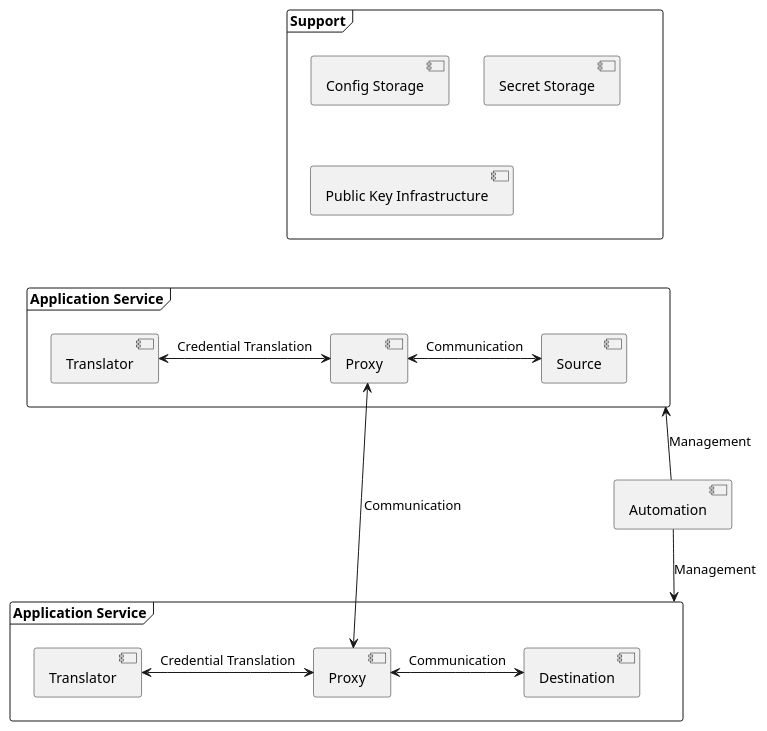
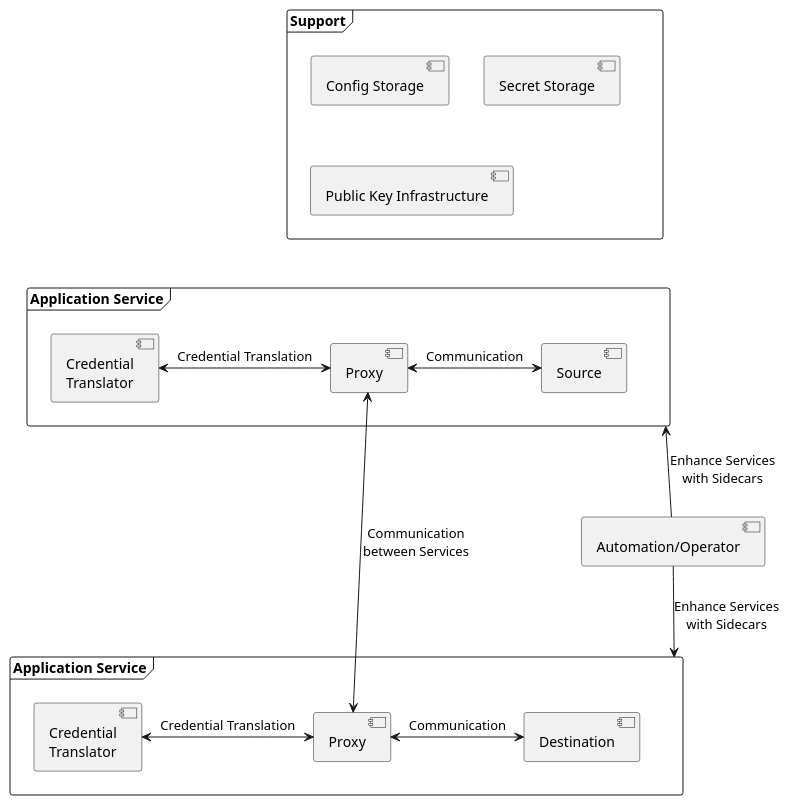
Before and after one commit to buehler/mse-project-thesis-1: the diagram in diagrams/component/solution-architecture.puml, drawn with PlantUML. The commit also changed 11 other files, not shown here.

```diff
--- a/diagrams/component/solution-architecture.puml
+++ b/diagrams/component/solution-architecture.puml
@@ -1,37 +1,37 @@
 @startuml
 skinparam backgroundcolor transparent
 
-component [Automation] as auto
+component [Automation/Operator] as auto
 
 frame "Support" as sup {
     component [Config Storage] as config
     component [Secret Storage] as secret
     component [Public Key Infrastructure] as pki
 }
 
 frame "Application Service" as app_a {
     component [Source] as src
     component [Proxy] as proxy_a
-    component [Translator] as trans_a
+    component [Credential\nTranslator] as trans_a
 
     trans_a <-> proxy_a : Credential Translation
     proxy_a <-> src : Communication
 }
 
 frame "Application Service" as app_b {
     component [Destination] as dest
     component [Proxy] as proxy_b
-    component [Translator] as trans_b
+    component [Credential\nTranslator] as trans_b
 
     trans_b <-> proxy_b : Credential Translation
     proxy_b <-> dest : Communication
 }
 
 sup -[hidden]--> app_a
 
-auto -up-> app_a : Management
-auto -down-> app_b : Management
+auto -up-> app_a : Enhance Services\nwith Sidecars
+auto -down-> app_b : Enhance Services\nwith Sidecars
 
-proxy_a <--> proxy_b : Communication
+proxy_a <--> proxy_b : Communication\nbetween Services
 
 @enduml
```
